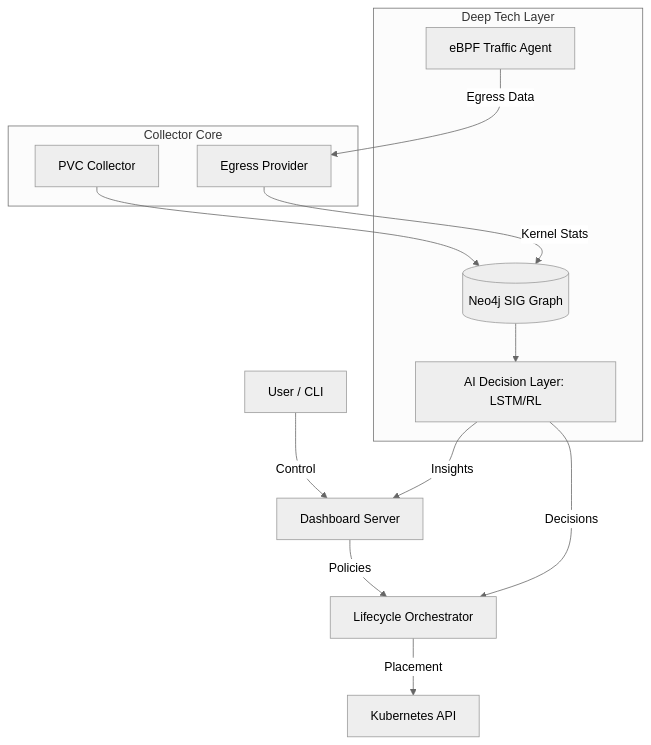
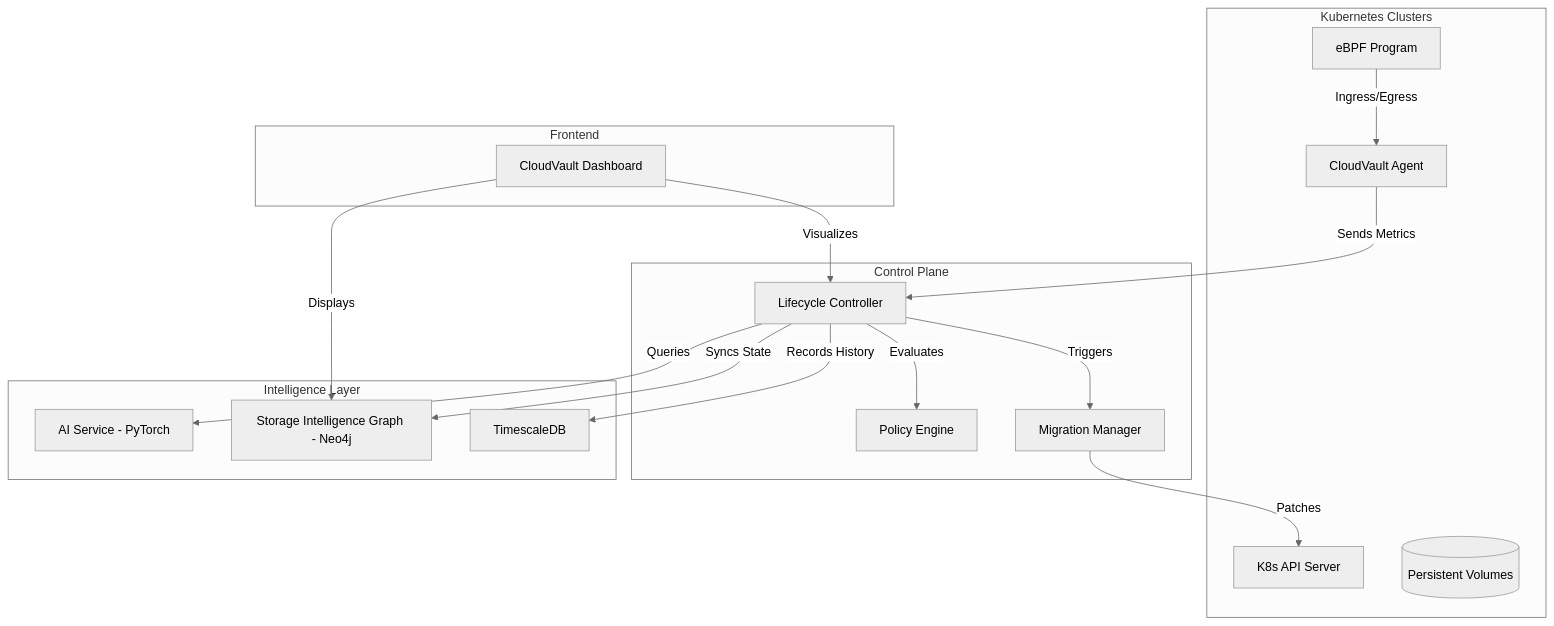
The first of 3 diagrams in docs/architecture.md (iampaavan014/cloudvault), drawn with Mermaid (neutral theme) before and after one commit. The commit also changed other lines of this file and 29 other files, not shown here.

````diff
--- a/docs/architecture.md
+++ b/docs/architecture.md
@@ -7,24 +17,36 @@
 ```mermaid
-graph TD
-    User[User / CLI] -->|Control| Dash[Dashboard Server]
-    Dash -->|Policies| Orchestrator[Lifecycle Orchestrator]
-    Orchestrator -->|Placement| K8s[Kubernetes API]
-    
-    subgraph "Deep Tech Layer"
-        SIG[(Neo4j SIG Graph)]
-        AI[AI Decision Layer: LSTM/RL]
-        Agent[eBPF Traffic Agent]
+graph TB
+    subgraph "Kubernetes Clusters"
+        Agent[CloudVault Agent]
+        K8S_API[K8s API Server]
+        eBPF[eBPF Program]
+        PVCs[(Persistent Volumes)]
     end
-    
-    subgraph "Collector Core"
-        PVCColl[PVC Collector]
-        EgressColl[Egress Provider]
+
+    subgraph "Control Plane"
+        Orch[Lifecycle Controller]
+        Policy[Policy Engine]
+        Mgr[Migration Manager]
     end
-    
-    PVCColl --> SIG
-    EgressColl -->|Kernel Stats| SIG
-    Agent -->|Egress Data| EgressColl
-    SIG --> AI
-    AI -->|Insights| Dash
-    AI -->|Decisions| Orchestrator
+
+    subgraph "Intelligence Layer"
+        AI[AI Service - PyTorch]
+        SIG[Storage Intelligence Graph - Neo4j]
+        TSDB[TimescaleDB]
+    end
+
+    subgraph "Frontend"
+        Dash[CloudVault Dashboard]
+    end
+
+    Agent -- Sends Metrics --> Orch
+    eBPF -- Ingress/Egress --> Agent
+    Orch -- Syncs State --> SIG
+    Orch -- Records History --> TSDB
+    Orch -- Queries --> AI
+    Orch -- Evaluates --> Policy
+    Orch -- Triggers --> Mgr
+    Mgr -- Patches --> K8S_API
+    Dash -- Visualizes --> Orch
+    Dash -- Displays --> SIG
 ```
````
